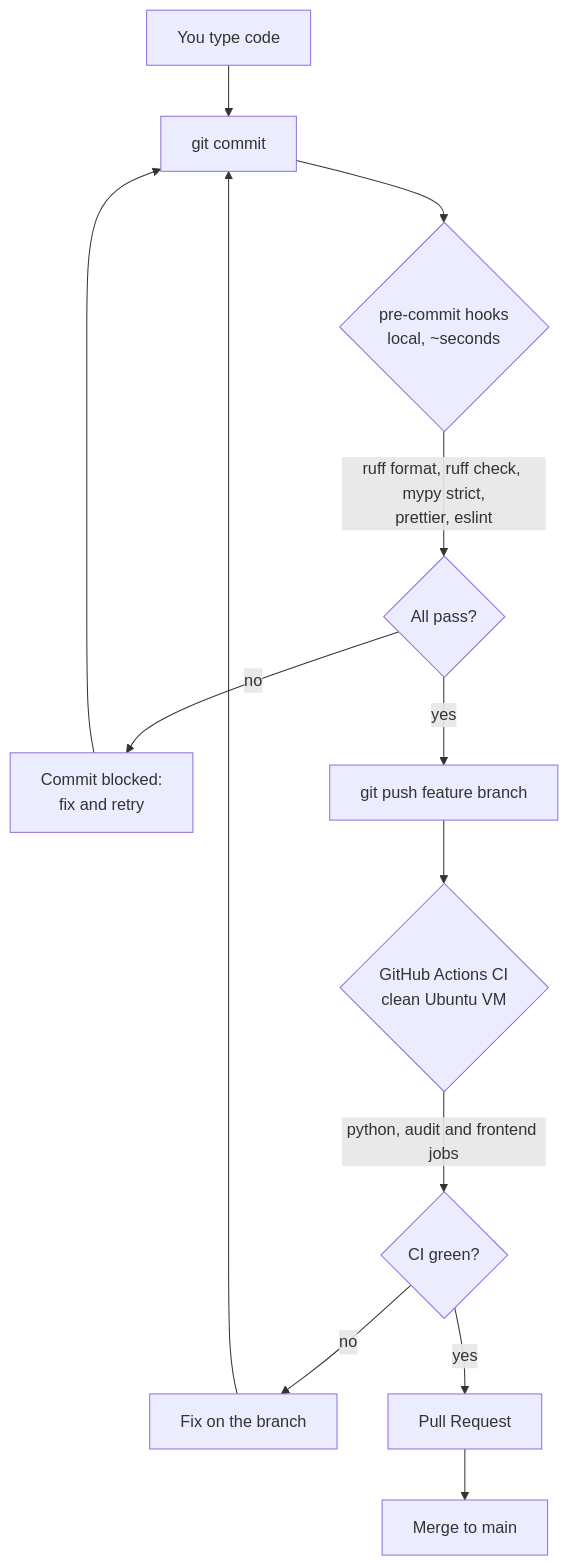
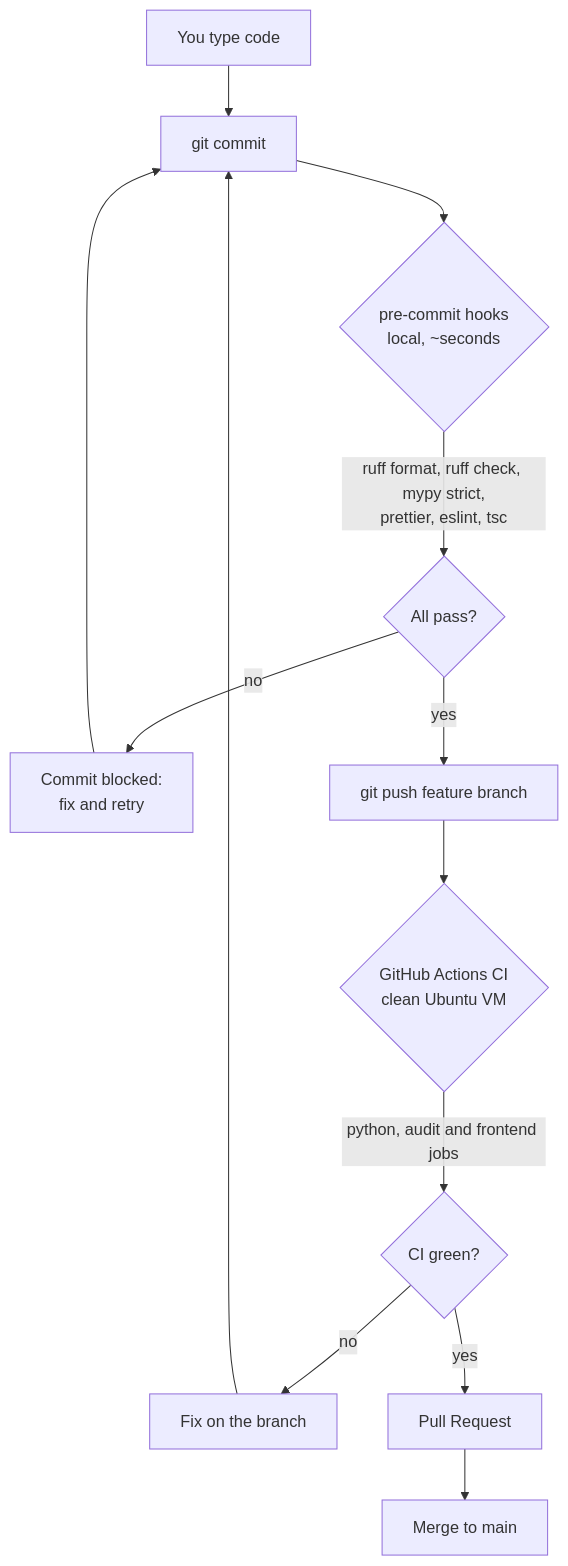
The first of 2 diagrams in docs/design/dev-pipeline.md (Ekanth-Sai/pitwall), drawn with Mermaid before and after one commit. The commit also changed 6 other files, not shown here.

First line of the commit message:
Address review: Node floor, Dependabot cooldown, staged-only Prettier, tsc hook

````diff
--- a/docs/design/dev-pipeline.md
+++ b/docs/design/dev-pipeline.md
@@ -3,15 +3,15 @@
 ```mermaid
 flowchart TD
     A["You type code"] --> B["git commit"]
     B --> C{"pre-commit hooks<br/>local, ~seconds"}
-    C -->|"ruff format, ruff check, mypy strict,<br/>prettier, eslint"| D{"All pass?"}
+    C -->|"ruff format, ruff check, mypy strict,<br/>prettier, eslint, tsc"| D{"All pass?"}
     D -->|"no"| E["Commit blocked:<br/>fix and retry"]
     E --> B
     D -->|"yes"| F["git push feature branch"]
     F --> G{"GitHub Actions CI<br/>clean Ubuntu VM"}
     G -->|"python, audit and frontend jobs"| H{"CI green?"}
     H -->|"no"| I["Fix on the branch"]
     I --> B
     H -->|"yes"| J["Pull Request"]
     J --> K["Merge to main"]
 ```
````
